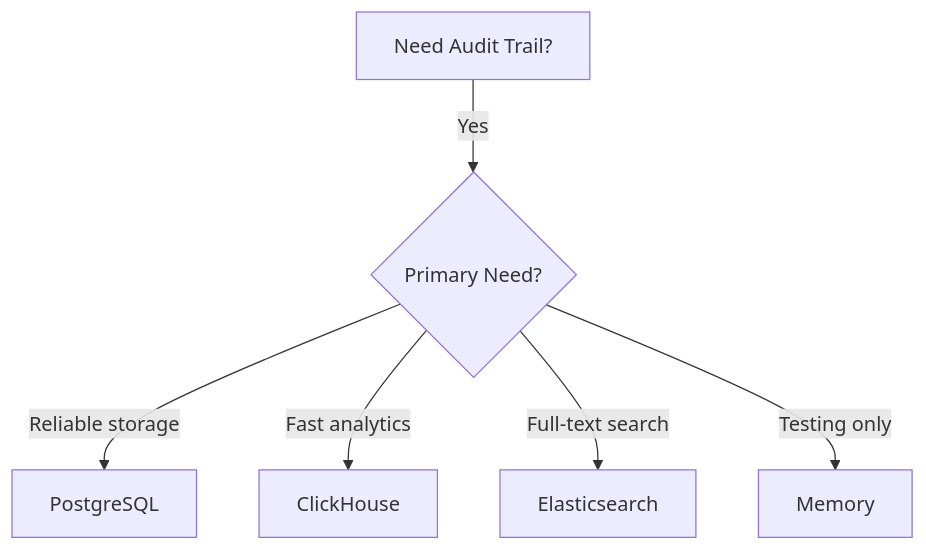
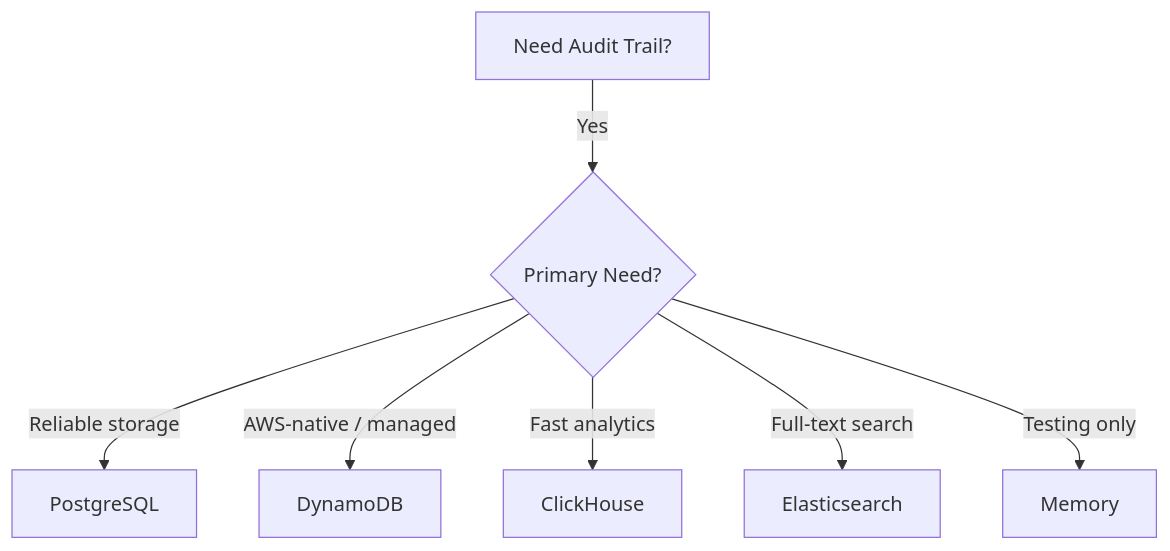
The diagram in docs/book/backends/audit-backends.md (penserai/acteon), drawn with Mermaid before and after one commit. The commit also changed other lines of this file and 18 other files, not shown here.

````diff
--- a/docs/book/backends/audit-backends.md
+++ b/docs/book/backends/audit-backends.md
@@ -31,8 +32,9 @@
 ```mermaid
 flowchart TD
     A[Need Audit Trail?] -->|Yes| B{Primary Need?}
     B -->|Reliable storage| C[PostgreSQL]
+    B -->|AWS-native / managed| G[DynamoDB]
     B -->|Fast analytics| D[ClickHouse]
     B -->|Full-text search| E[Elasticsearch]
     B -->|Testing only| F[Memory]
 ```
````
